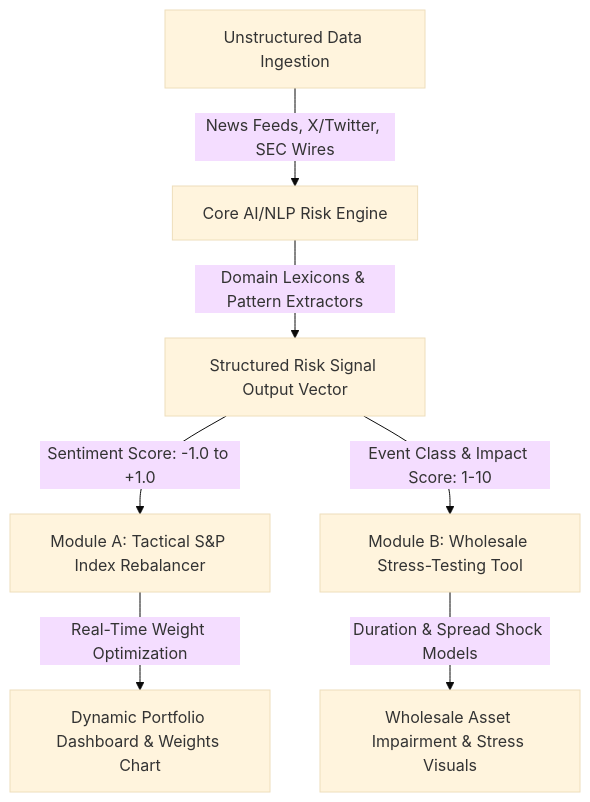
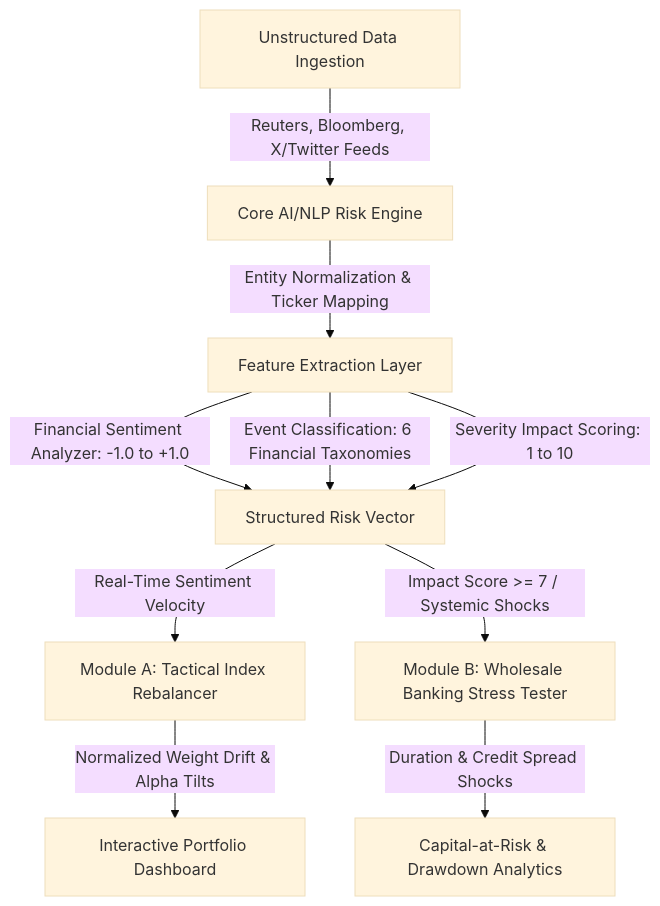
One commit to Aayushi002929/financial-risk-engine changed the diagram in README.md. Above: the diagram before and after it, drawn with Mermaid (base theme). The commit also changed other lines of this file and 14 other files, not shown here.

````diff
--- a/README.md
+++ b/README.md
@@ -23,9 +33,12 @@
 ```mermaid
 graph TD
-    A[Unstructured Data Ingestion] -->|News Feeds, X/Twitter, SEC Wires| B[Core AI/NLP Risk Engine]
-    B -->|Domain Lexicons & Pattern Extractors| C[Structured Risk Signal Output Vector]
-    C -->|Sentiment Score: -1.0 to +1.0| D[Module A: Tactical S&P Index Rebalancer]
-    C -->|Event Class & Impact Score: 1-10| E[Module B: Wholesale Stress-Testing Tool]
-    D -->|Real-Time Weight Optimization| F[Dynamic Portfolio Dashboard & Weights Chart]
-    E -->|Duration & Spread Shock Models| G[Wholesale Asset Impairment & Stress Visuals]
+    A[Unstructured Data Ingestion] -->|Reuters, Bloomberg, X/Twitter Feeds| B[Core AI/NLP Risk Engine]
+    B -->|Entity Normalization & Ticker Mapping| C[Feature Extraction Layer]
+    C -->|Financial Sentiment Analyzer: -1.0 to +1.0| D[Structured Risk Vector]
+    C -->|Event Classification: 6 Financial Taxonomies| D
+    C -->|Severity Impact Scoring: 1 to 10| D
+    D -->|Real-Time Sentiment Velocity| E[Module A: Tactical Index Rebalancer]
+    D -->|Impact Score >= 7 / Systemic Shocks| F[Module B: Wholesale Banking Stress Tester]
+    E -->|Normalized Weight Drift & Alpha Tilts| G[Interactive Portfolio Dashboard]
+    F -->|Duration & Credit Spread Shocks| H[Capital-at-Risk & Drawdown Analytics]
 ```
````
